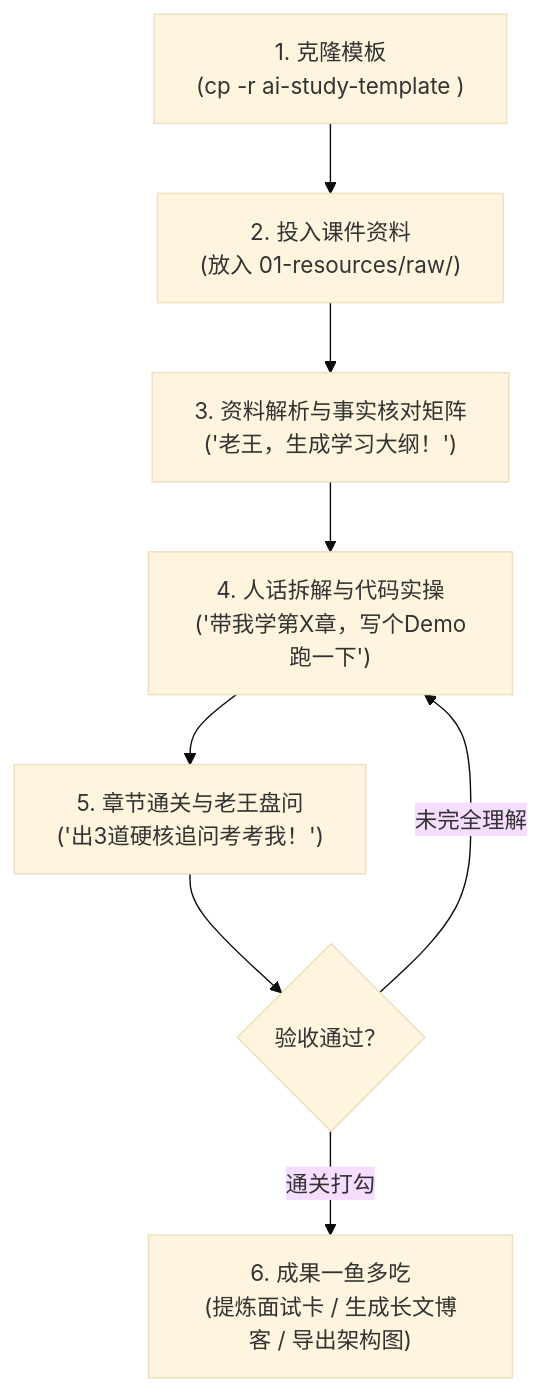
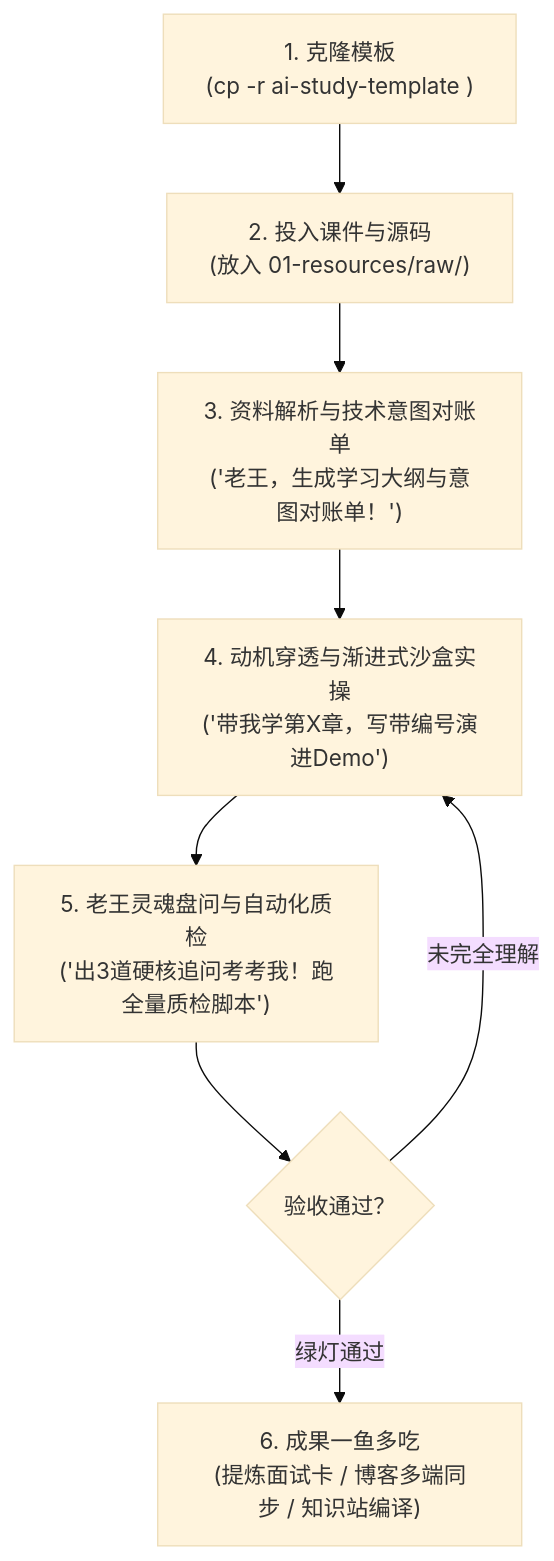
One commit to ljxpython/pi-agent-study changed the diagram in USAGE.md. Above: the diagram before and after it, drawn with Mermaid (base theme). The commit also changed other lines of this file and 73 other files, not shown here.

````diff
--- a/USAGE.md
+++ b/USAGE.md
@@ -29,10 +30,10 @@
 ```mermaid
 flowchart TD
-    Step1["1. 克隆模板\n(cp -r ai-study-template <new-study>)"] --> Step2["2. 投入课件资料\n(放入 01-resources/raw/)"]
-    Step2 --> Step3["3. 资料解析与事实核对矩阵\n('老王，生成学习大纲！')"]
-    Step3 --> Step4["4. 人话拆解与代码实操\n('带我学第X章，写个Demo跑一下')"]
-    Step4 --> Step5["5. 章节通关与老王盘问\n('出3道硬核追问考考我！')"]
+    Step1["1. 克隆模板\n(cp -r ai-study-template <new-study>)"] --> Step2["2. 投入课件与源码\n(放入 01-resources/raw/)"]
+    Step2 --> Step3["3. 资料解析与技术意图对账单\n('老王，生成学习大纲与意图对账单！')"]
+    Step3 --> Step4["4. 动机穿透与渐进式沙盒实操\n('带我学第X章，写带编号演进Demo')"]
+    Step4 --> Step5["5. 老王灵魂盘问与自动化质检\n('出3道硬核追问考考我！跑全量质检脚本')"]
     Step5 --> Step6{"验收通过？"}
     Step6 -- 未完全理解 --> Step4
-    Step6 -- 通关打勾 --> Step7["6. 成果一鱼多吃\n(提炼面试卡 / 生成长文博客 / 导出架构图)"]
+    Step6 -- 绿灯通过 --> Step7["6. 成果一鱼多吃\n(提炼面试卡 / 博客多端同步 / 知识站编译)"]
 ```
````
